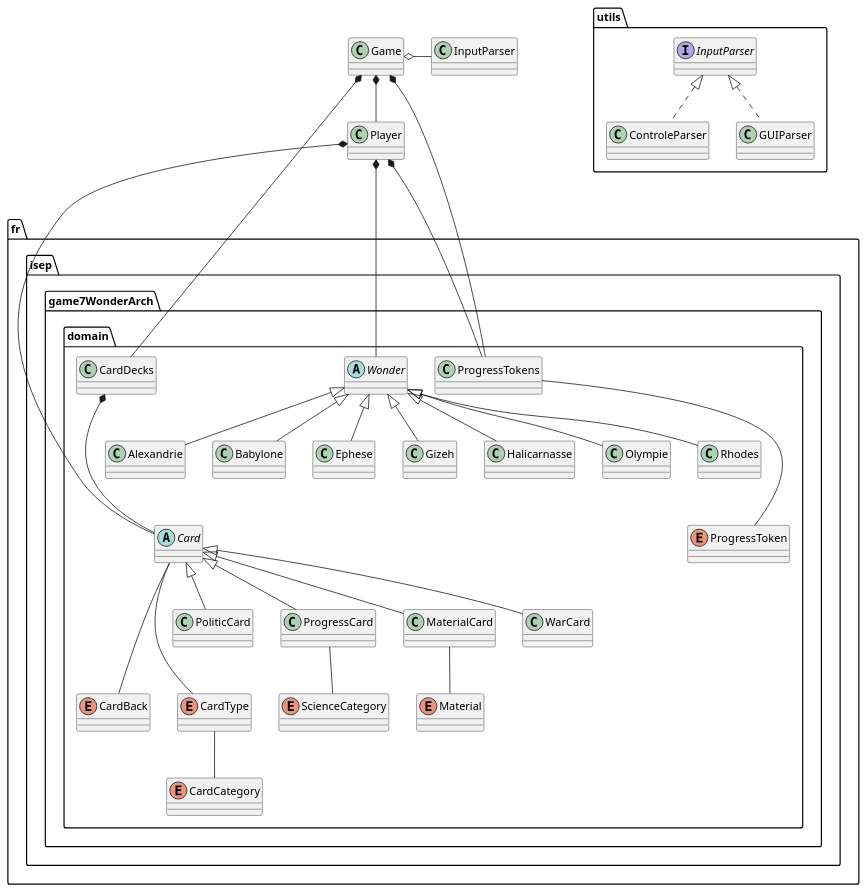
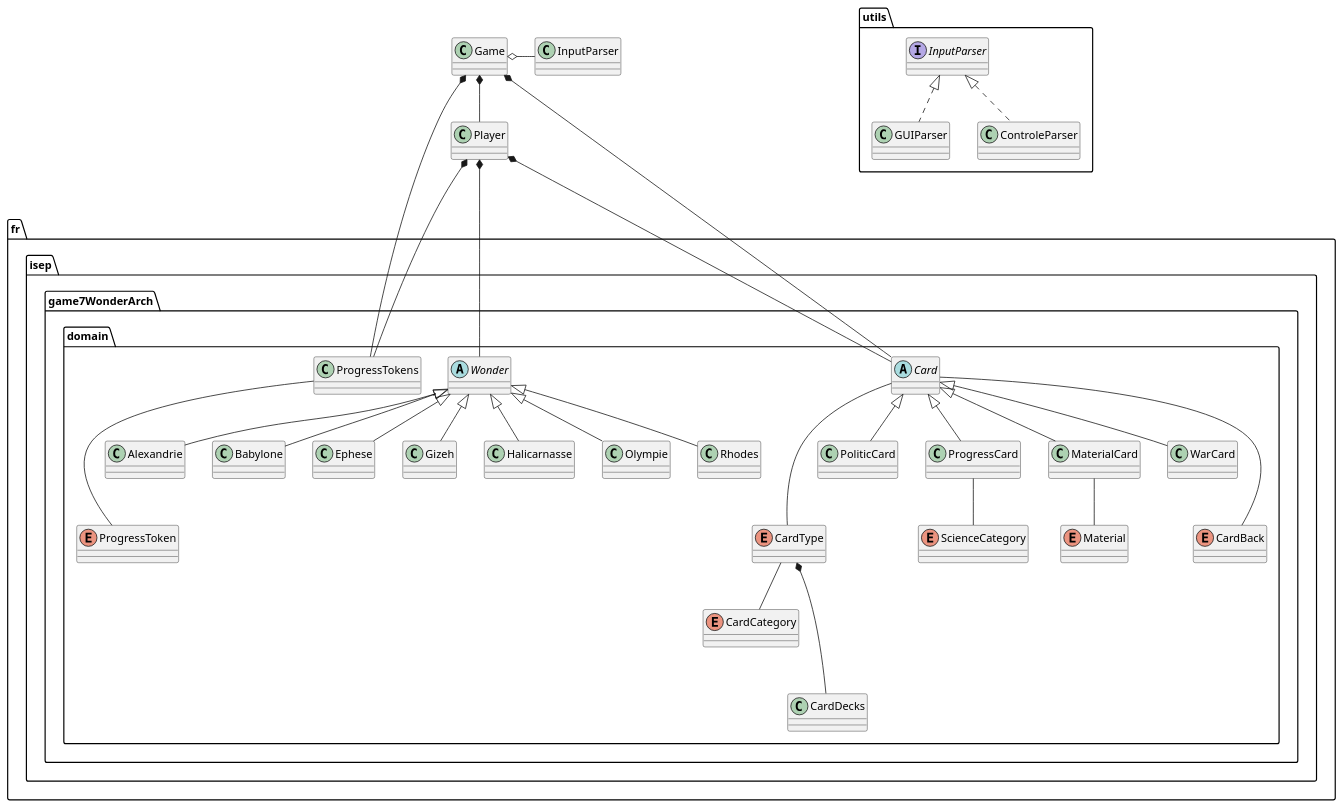
The diagram in src/UML.puml (Klllou/7-Wonders-Architect), drawn with PlantUML before and after one commit.

Commit message:
UML modification

```diff
--- a/src/UML.puml
+++ b/src/UML.puml
@@ -1,79 +1,78 @@
 @startuml
 'https://plantuml.com/class-diagram
 
 
 
 class Game
 class Player
 
 
 package fr.isep.game7WonderArch.domain {
 enum Wonder
 abstract Wonder
 abstract Card
 enum CardBack
 enum CardCategory
 class CardDecks
 enum CardType
 enum Material
 enum ProgressToken
 class ProgressTokens
 enum ScienceCategory
 class PoliticCard
 class ProgressCard
 class MaterialCard
 class WarCard
 
 class Alexandrie
 class Babylone
 class Ephese
 class Gizeh
 class Halicarnasse
 class Olympie
 class Rhodes
 
 
 Card <|-- ProgressCard
 Card <|-- MaterialCard
 Card <|-- PoliticCard
 Card <|-- WarCard
 
 Card --- CardBack
 Card --- CardType
 CardType -- CardCategory
 
 Wonder <|-- Alexandrie
 Wonder <|-- Babylone
 Wonder <|-- Ephese
 Wonder <|-- Gizeh
 Wonder <|-- Halicarnasse
 Wonder <|-- Olympie
 Wonder <|-- Rhodes
 
 Player *-- Card
 Player *--- Wonder
 
 }
 Game *-- Player
-Game *-- CardDecks
+Game *-- Card
 Game *-- ProgressTokens
 Player *-- ProgressTokens
-CardDecks *--- Card
+CardType *--- CardDecks
 Game o--r InputParser
-
 ProgressTokens --- ProgressToken
 MaterialCard -- Material
 ProgressCard -- ScienceCategory
 
 package utils {
 interface InputParser
 class ControleParser
 class GUIParser
 
 InputParser <|.. ControleParser
 InputParser <|.. GUIParser
 
 }
 
 
 @enduml
```
